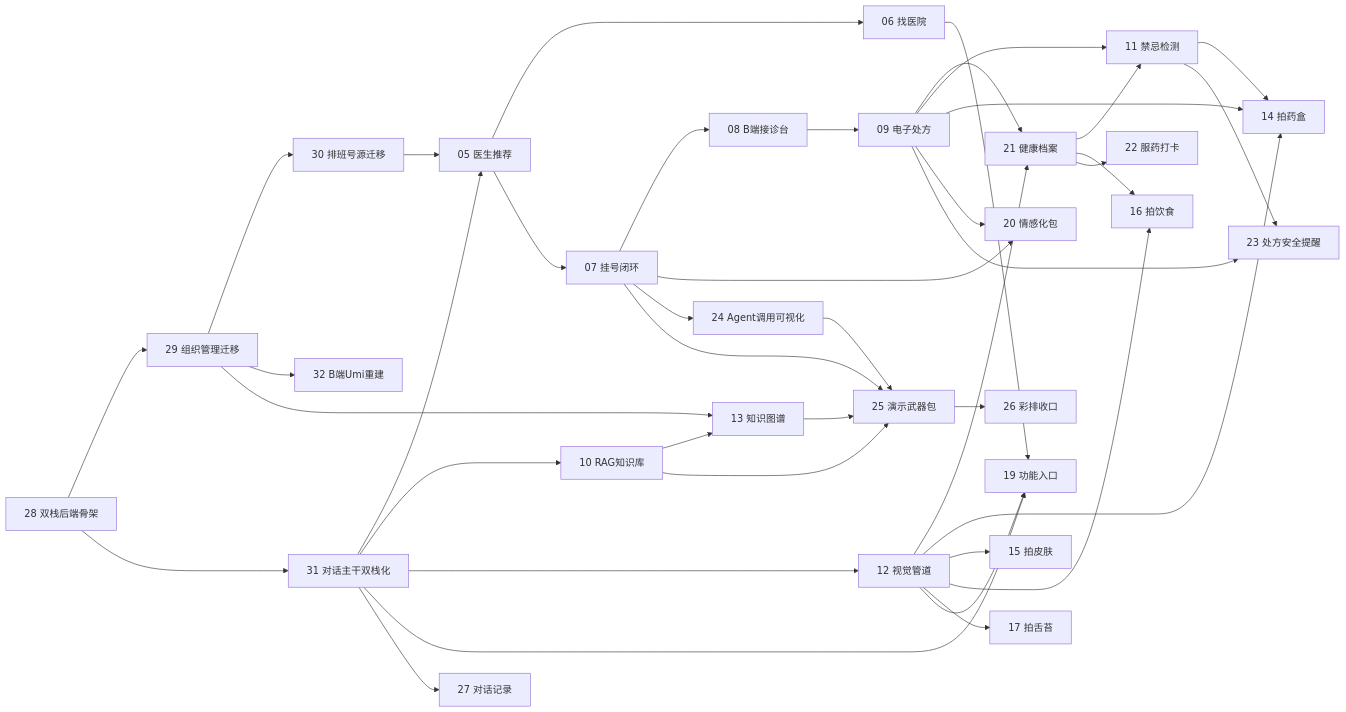
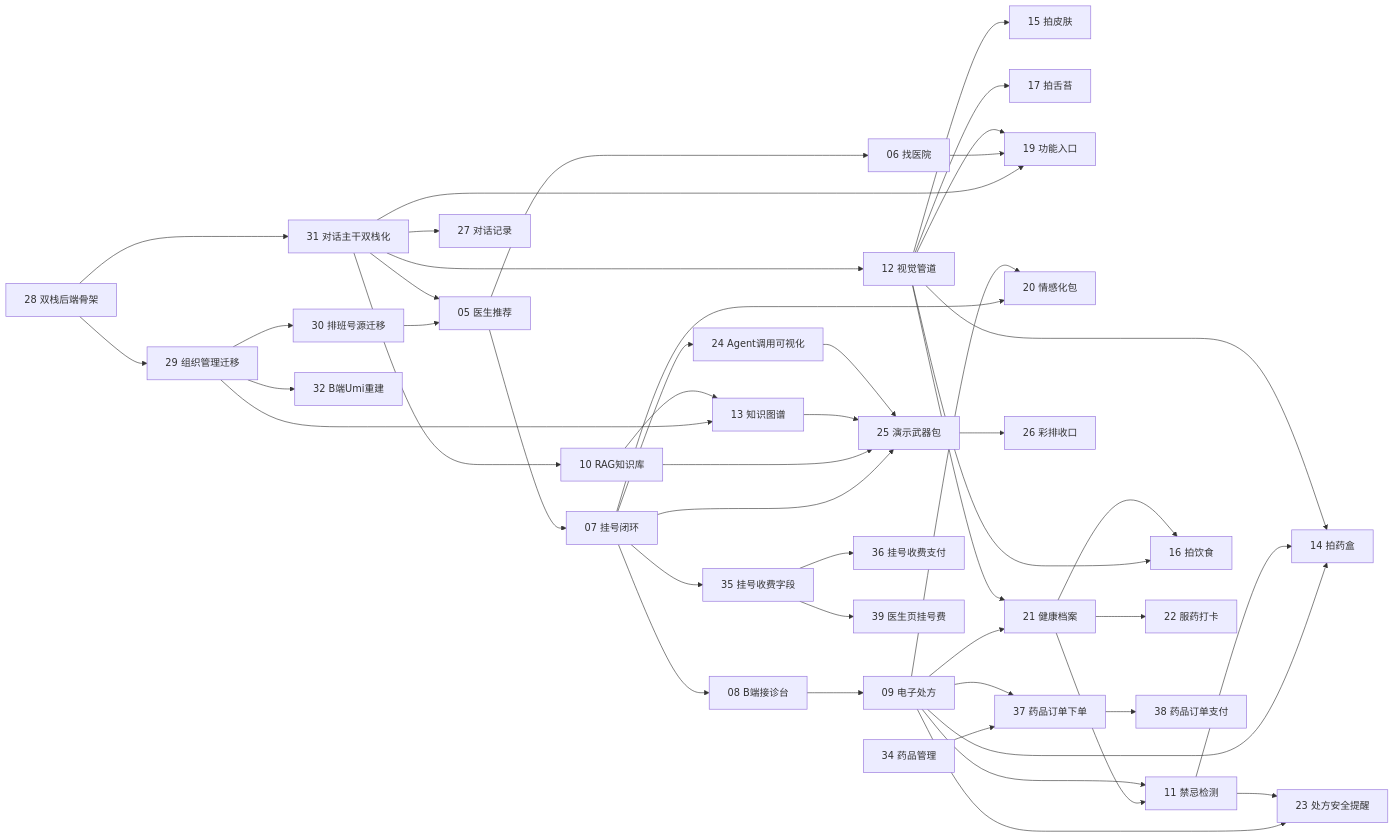
The diagram in README.md (ILoveFurina/zhiyu-health), drawn with Mermaid before and after one commit. The commit also changed other lines of this file and 7 other files, not shown here.

First line of the commit message:
docs(spec): 新增 Spec 0002 药品管理/药品订单/挂号收费，拆分票单 34-39 并更新依赖图

````diff
--- a/README.md
+++ b/README.md
@@ -48,6 +48,13 @@
     T25["25 演示武器包"]
     T26["26 彩排收口"]
     T27["27 对话记录"]
+
+    T34["34 药品管理"]
+    T35["35 挂号收费字段"]
+    T36["36 挂号收费支付"]
+    T37["37 药品订单下单"]
+    T38["38 药品订单支付"]
+    T39["39 医生页挂号费"]
 
     T28 --> T29
     T28 --> T31
@@ -102,4 +109,12 @@
     T24 --> T25
 
     T25 --> T26
+
+    T34 --> T37
+    T09 --> T37
+    T37 --> T38
+
+    T07 --> T35
+    T35 --> T36
+    T35 --> T39
 ```
````
